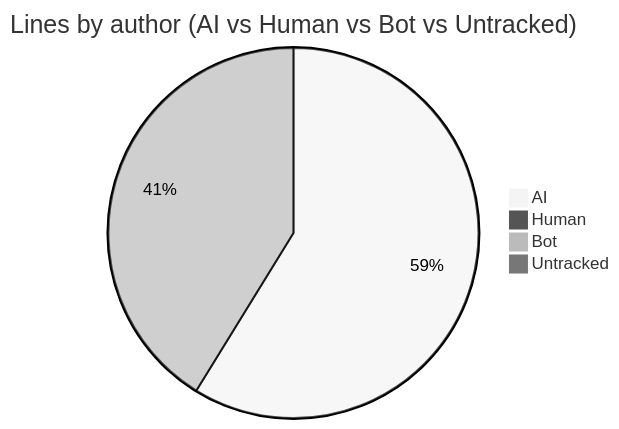
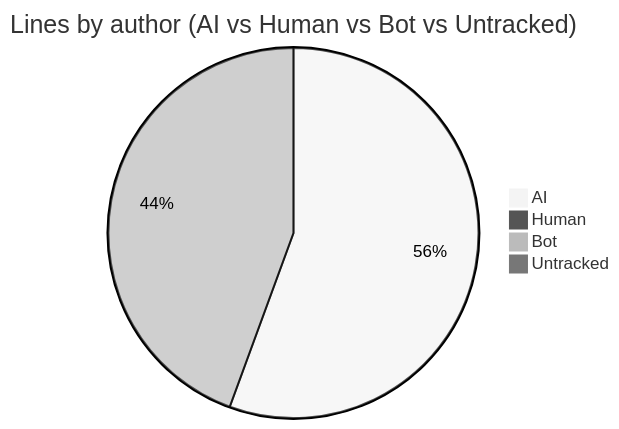
One commit to CaliMark/ai-authorship changed the first of 2 diagrams in AI-AUTHORSHIP.md. Above: the diagram before and after it, drawn with Mermaid (neutral theme). The commit also changed other lines of this file and 1 other file, not shown here.

````diff
--- a/AI-AUTHORSHIP.md
+++ b/AI-AUTHORSHIP.md
@@ -20,7 +20,7 @@
 ```mermaid
 pie title Lines by author (AI vs Human vs Bot vs Untracked)
-    "AI" : 2341
+    "AI" : 2098
     "Human" : 0
-    "Bot" : 1641
+    "Bot" : 1676
     "Untracked" : 0
 ```
````
